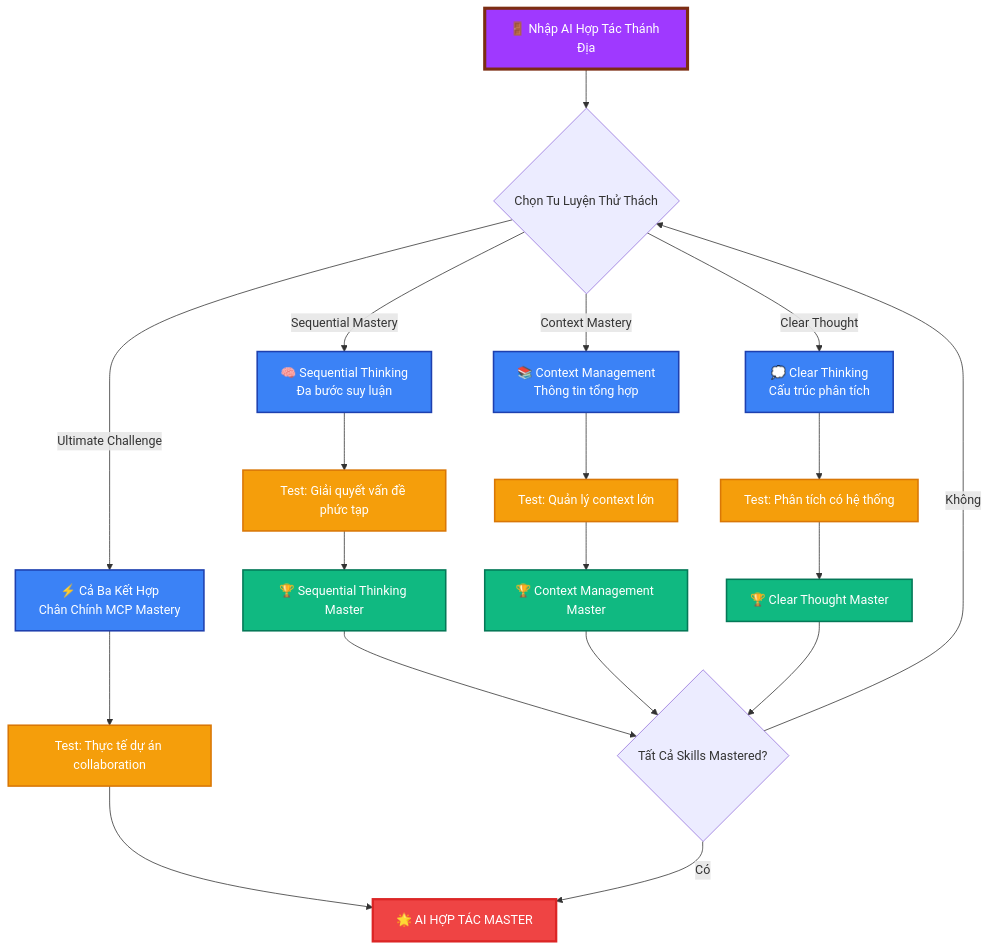
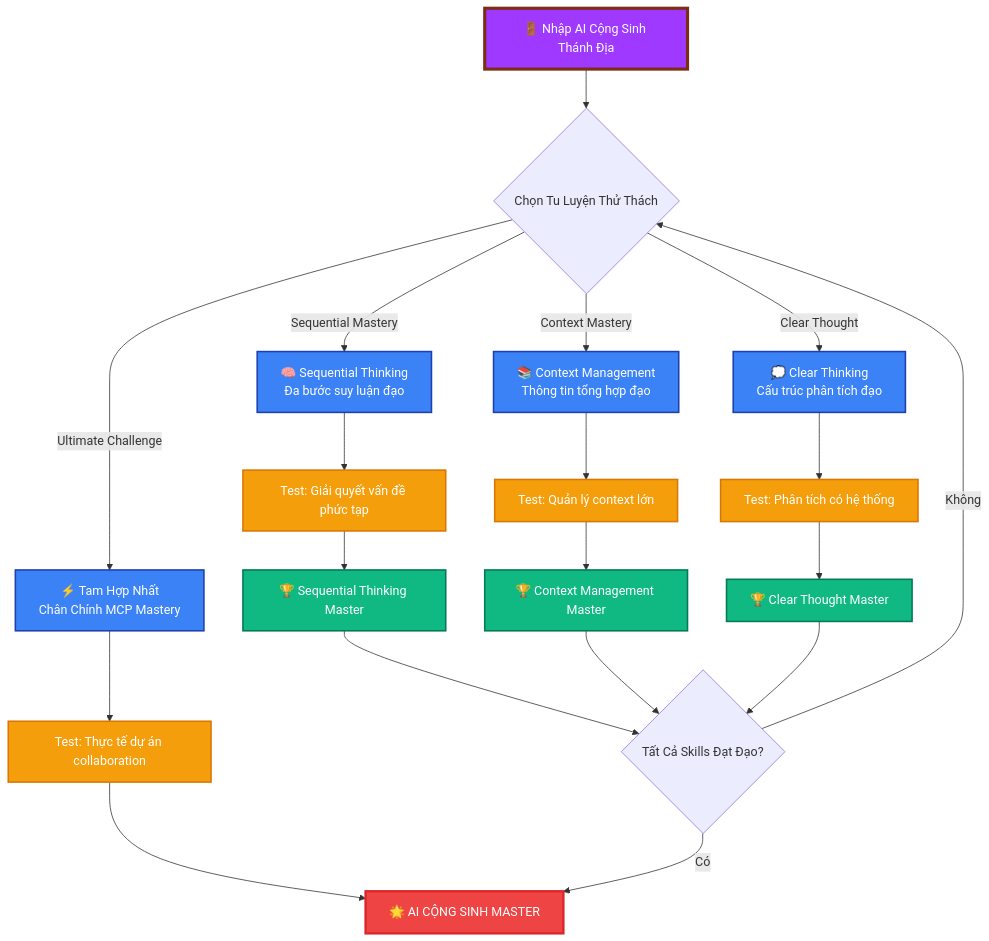
Before and after one commit to giang6283623/cursor-tip: the sixth of 8 diagrams in README-TUTIEN.md, drawn with Mermaid. The commit also changed other lines of this file and 7 other files, not shown here.

````diff
--- a/README-TUTIEN.md
+++ b/README-TUTIEN.md
@@ -439,37 +439,37 @@
 ```mermaid
 graph TD
-    Enter[🚪 Nhập AI Hợp Tác Thánh Địa] --> MCPChallenge{Chọn Tu Luyện Thử Thách}
+    Enter[🚪 Nhập AI Cộng Sinh Thánh Địa] --> MCPChallenge{Chọn Tu Luyện Thử Thách}
 
-    MCPChallenge -->|"Sequential Mastery"| Sequential[🧠 Sequential Thinking<br/>Đa bước suy luận]
-    MCPChallenge -->|"Context Mastery"| Context[📚 Context Management<br/>Thông tin tổng hợp]
-    MCPChallenge -->|"Clear Thought"| ClearThought[💭 Clear Thinking<br/>Cấu trúc phân tích]
-    MCPChallenge -->|"Ultimate Challenge"| AllThree[⚡ Cả Ba Kết Hợp<br/>Chân Chính MCP Mastery]
+    MCPChallenge -->|"Sequential Mastery"| Sequential[🧠 Sequential Thinking<br/>Đa bước suy luận đạo]
+    MCPChallenge -->|"Context Mastery"| Context[📚 Context Management<br/>Thông tin tổng hợp đạo]
+    MCPChallenge -->|"Clear Thought"| ClearThought[💭 Clear Thinking<br/>Cấu trúc phân tích đạo]
+    MCPChallenge -->|"Ultimate Challenge"| AllThree[⚡ Tam Hợp Nhất<br/>Chân Chính MCP Mastery]
 
     Sequential --> SeqTest[Test: Giải quyết vấn đề phức tạp]
     Context --> CtxTest[Test: Quản lý context lớn]
     ClearThought --> ThinkTest[Test: Phân tích có hệ thống]
     AllThree --> UltimateTest[Test: Thực tế dự án collaboration]
 
     SeqTest --> SeqMastery[🏆 Sequential Thinking Master]
     CtxTest --> CtxMastery[🏆 Context Management Master]
     ThinkTest --> ThinkMastery[🏆 Clear Thought Master]
-    UltimateTest --> MCPMaster[🌟 AI HỢP TÁC MASTER]
+    UltimateTest --> MCPMaster[🌟 AI CỘNG SINH MASTER]
 
-    SeqMastery --> CheckProgress{Tất Cả Skills Mastered?}
+    SeqMastery --> CheckProgress{Tất Cả Skills Đạt Đạo?}
     CtxMastery --> CheckProgress
     ThinkMastery --> CheckProgress
     CheckProgress -->|"Có"| MCPMaster
     CheckProgress -->|"Không"| MCPChallenge
 
     classDef legendary fill:#9f39ff,stroke:#7c2d12,stroke-width:4px,color:#fff
     classDef challenge fill:#3b82f6,stroke:#1e40af,stroke-width:2px,color:#fff
     classDef test fill:#f59e0b,stroke:#d97706,stroke-width:2px,color:#fff
     classDef mastery fill:#10b981,stroke:#047857,stroke-width:2px,color:#fff
     classDef ultimate fill:#ef4444,stroke:#dc2626,stroke-width:3px,color:#fff
 
     class Enter,MCPMaster legendary
     class Sequential,Context,ClearThought,AllThree challenge
     class SeqTest,CtxTest,ThinkTest,UltimateTest test
     class SeqMastery,CtxMastery,ThinkMastery mastery
     class MCPMaster ultimate
 ```
````
